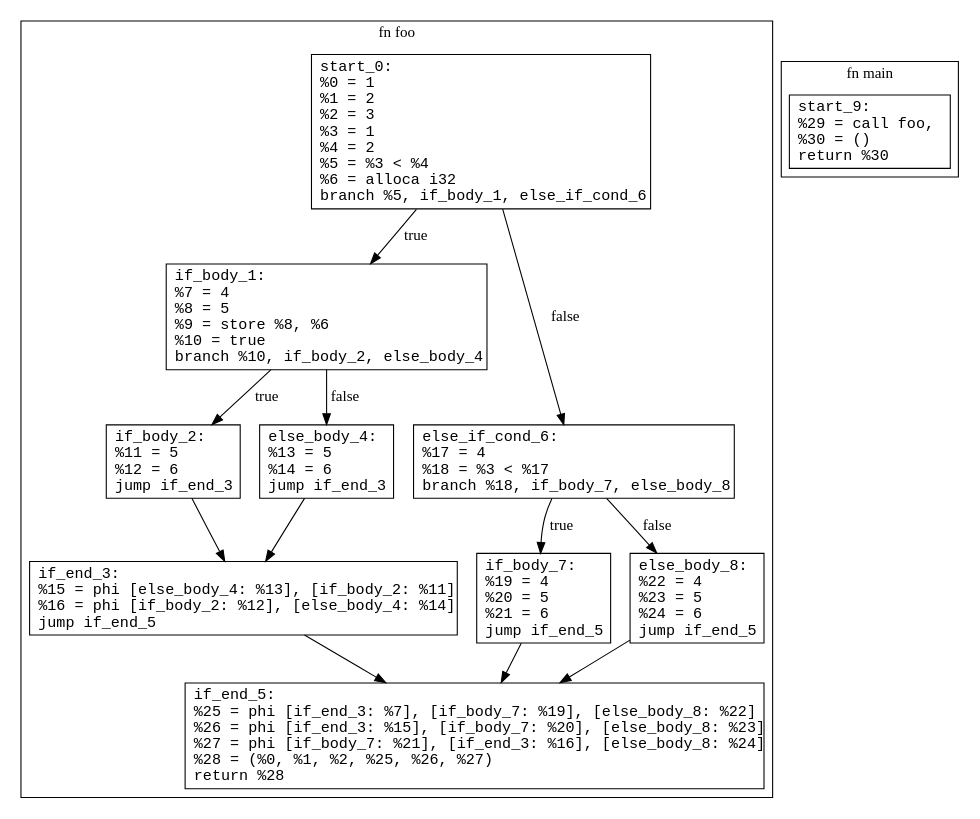
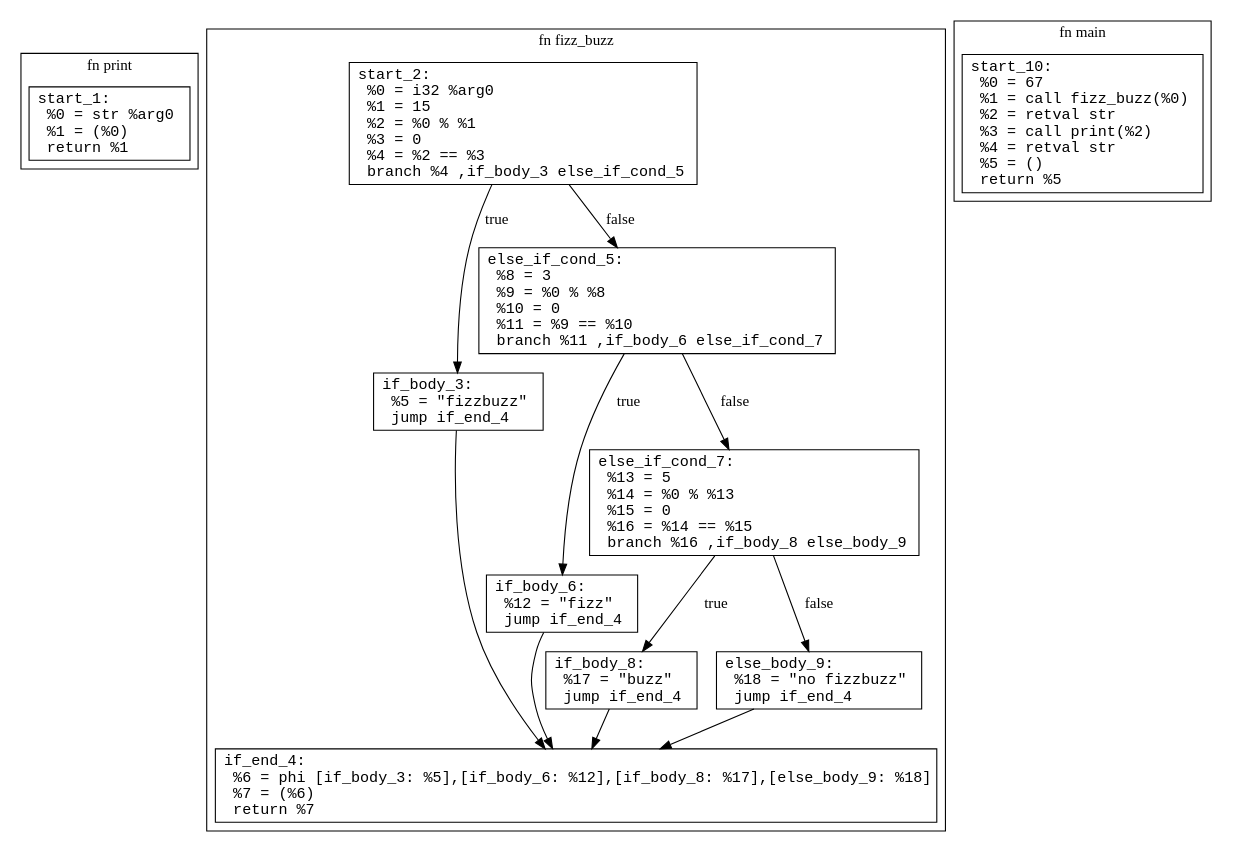
One commit to riogu/henceforth changed the diagram in cfg.dot. Above: the diagram before and after it, drawn with Graphviz. The commit also changed 3 other files, not shown here.

```diff
--- a/cfg.dot
+++ b/cfg.dot
@@ -1,30 +1,32 @@
 digraph CFG {
     node [shape=box fontname="Monospace"]
-    subgraph cluster_foo {
-        label="fn foo";
-        foo_start_0 [label="start_0:\l%0 = 1\l%1 = 2\l%2 = 3\l%3 = 1\l%4 = 2\l%5 = %3 < %4\l%6 = alloca i32\lbranch %5, if_body_1, else_if_cond_6\l"];
-        foo_if_body_1 [label="if_body_1:\l%7 = 4\l%8 = 5\l%9 = store %8, %6\l%10 = true\lbranch %10, if_body_2, else_body_4\l"];
-        foo_if_body_2 [label="if_body_2:\l%11 = 5\l%12 = 6\ljump if_end_3\l"];
-        foo_if_end_3 [label="if_end_3:\l%15 = phi [else_body_4: %13], [if_body_2: %11]\l%16 = phi [if_body_2: %12], [else_body_4: %14]\ljump if_end_5\l"];
-        foo_if_end_5 [label="if_end_5:\l%25 = phi [if_end_3: %7], [if_body_7: %19], [else_body_8: %22]\l%26 = phi [if_end_3: %15], [if_body_7: %20], [else_body_8: %23]\l%27 = phi [if_body_7: %21], [if_end_3: %16], [else_body_8: %24]\l%28 = (%0, %1, %2, %25, %26, %27)\lreturn %28\l"];
-        foo_else_body_4 [label="else_body_4:\l%13 = 5\l%14 = 6\ljump if_end_3\l"];
-        foo_else_if_cond_6 [label="else_if_cond_6:\l%17 = 4\l%18 = %3 < %17\lbranch %18, if_body_7, else_body_8\l"];
-        foo_if_body_7 [label="if_body_7:\l%19 = 4\l%20 = 5\l%21 = 6\ljump if_end_5\l"];
-        foo_else_body_8 [label="else_body_8:\l%22 = 4\l%23 = 5\l%24 = 6\ljump if_end_5\l"];
-        foo_start_0 -> foo_if_body_1 [label="true"];
-        foo_start_0 -> foo_else_if_cond_6 [label="false"];
-        foo_if_body_1 -> foo_if_body_2 [label="true"];
-        foo_if_body_1 -> foo_else_body_4 [label="false"];
-        foo_if_body_2 -> foo_if_end_3;
-        foo_if_end_3 -> foo_if_end_5;
-        foo_else_body_4 -> foo_if_end_3;
-        foo_else_if_cond_6 -> foo_if_body_7 [label="true"];
-        foo_else_if_cond_6 -> foo_else_body_8 [label="false"];
-        foo_if_body_7 -> foo_if_end_5;
-        foo_else_body_8 -> foo_if_end_5;
+    subgraph cluster_print {
+        label="fn print";
+        print_start_1 [label="start_1:\l  %0 = str %arg0\l  %1 = (%0)\l  return %1\l"];
+    }
+    subgraph cluster_fizz_buzz {
+        label="fn fizz_buzz";
+        fizz_buzz_start_2 [label="start_2:\l  %0 = i32 %arg0\l  %1 = 15\l  %2 = %0 % %1\l  %3 = 0\l  %4 = %2 == %3\l  branch %4 ,if_body_3 else_if_cond_5\l"];
+        fizz_buzz_if_body_3 [label="if_body_3:\l  %5 = \"fizzbuzz\"\l  jump if_end_4\l"];
+        fizz_buzz_if_end_4 [label="if_end_4:\l  %6 = phi [if_body_3: %5],[if_body_6: %12],[if_body_8: %17],[else_body_9: %18]\l  %7 = (%6)\l  return %7\l"];
+        fizz_buzz_else_if_cond_5 [label="else_if_cond_5:\l  %8 = 3\l  %9 = %0 % %8\l  %10 = 0\l  %11 = %9 == %10\l  branch %11 ,if_body_6 else_if_cond_7\l"];
+        fizz_buzz_if_body_6 [label="if_body_6:\l  %12 = \"fizz\"\l  jump if_end_4\l"];
+        fizz_buzz_else_if_cond_7 [label="else_if_cond_7:\l  %13 = 5\l  %14 = %0 % %13\l  %15 = 0\l  %16 = %14 == %15\l  branch %16 ,if_body_8 else_body_9\l"];
+        fizz_buzz_if_body_8 [label="if_body_8:\l  %17 = \"buzz\"\l  jump if_end_4\l"];
+        fizz_buzz_else_body_9 [label="else_body_9:\l  %18 = \"no fizzbuzz\"\l  jump if_end_4\l"];
+        fizz_buzz_start_2 -> fizz_buzz_if_body_3 [label="true"];
+        fizz_buzz_start_2 -> fizz_buzz_else_if_cond_5 [label="false"];
+        fizz_buzz_if_body_3 -> fizz_buzz_if_end_4;
+        fizz_buzz_else_if_cond_5 -> fizz_buzz_if_body_6 [label="true"];
+        fizz_buzz_else_if_cond_5 -> fizz_buzz_else_if_cond_7 [label="false"];
+        fizz_buzz_if_body_6 -> fizz_buzz_if_end_4;
+        fizz_buzz_else_if_cond_7 -> fizz_buzz_if_body_8 [label="true"];
+        fizz_buzz_else_if_cond_7 -> fizz_buzz_else_body_9 [label="false"];
+        fizz_buzz_if_body_8 -> fizz_buzz_if_end_4;
+        fizz_buzz_else_body_9 -> fizz_buzz_if_end_4;
     }
     subgraph cluster_main {
         label="fn main";
-        main_start_9 [label="start_9:\l%29 = call foo, \l%30 = ()\lreturn %30\l"];
+        main_start_10 [label="start_10:\l  %0 = 67\l  %1 = call fizz_buzz(%0)\l  %2 = retval str\l  %3 = call print(%2)\l  %4 = retval str\l  %5 = ()\l  return %5\l"];
     }
 }
```
